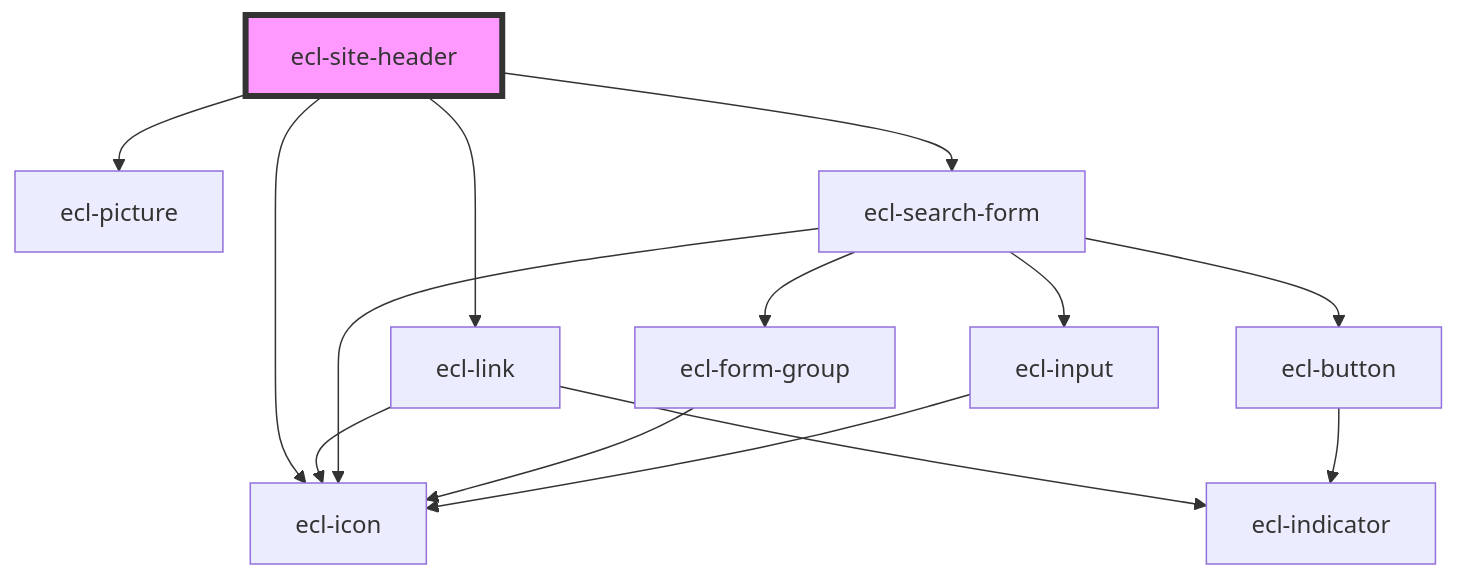
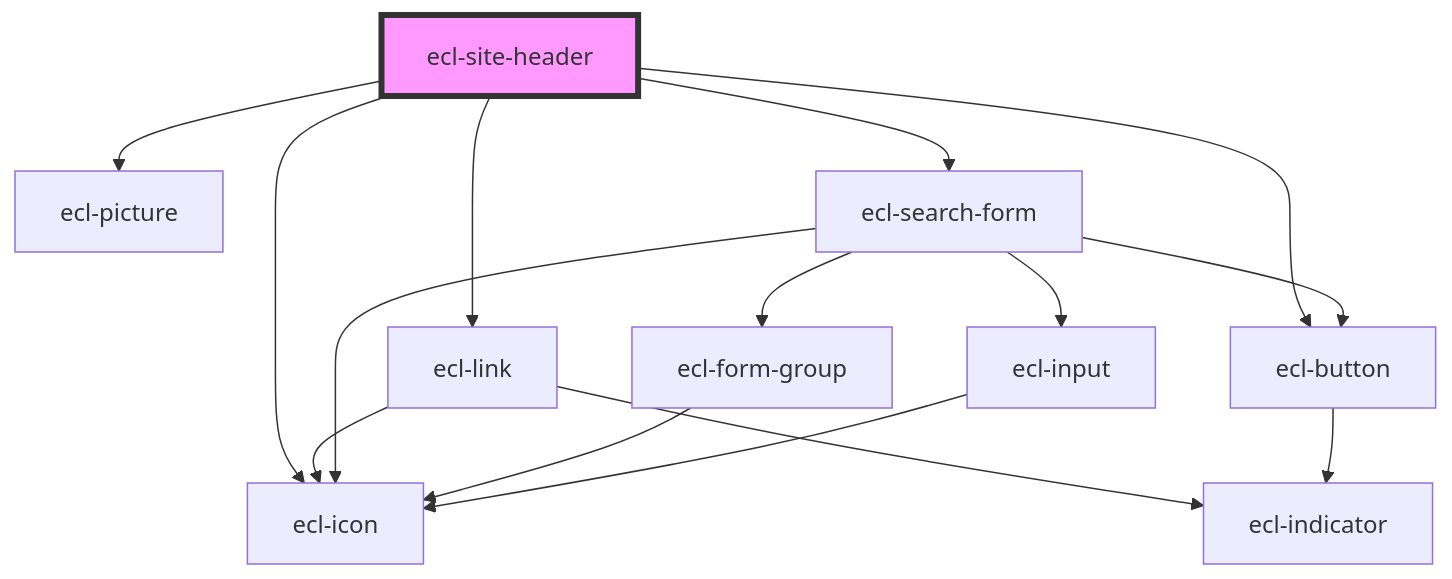
One commit to ec-europa/ecl-webcomponents changed the diagram in src/components/ecl-site-header/readme.md. Above: the diagram before and after it, drawn with Mermaid. The commit also changed other lines of this file and 17 other files, not shown here.

Commit message:
feat(site-header): Updating component to v5 - FRONT-5055

````diff
--- a/src/components/ecl-site-header/readme.md
+++ b/src/components/ecl-site-header/readme.md
@@ -46,17 +56,18 @@
 ```mermaid
 graph TD;
   ecl-site-header --> ecl-link
   ecl-site-header --> ecl-picture
   ecl-site-header --> ecl-icon
+  ecl-site-header --> ecl-button
   ecl-site-header --> ecl-search-form
   ecl-link --> ecl-icon
   ecl-link --> ecl-indicator
+  ecl-button --> ecl-indicator
   ecl-search-form --> ecl-form-group
   ecl-search-form --> ecl-input
   ecl-search-form --> ecl-button
   ecl-search-form --> ecl-icon
   ecl-form-group --> ecl-icon
   ecl-input --> ecl-icon
-  ecl-button --> ecl-indicator
   style ecl-site-header fill:#f9f,stroke:#333,stroke-width:4px
 ```
````
